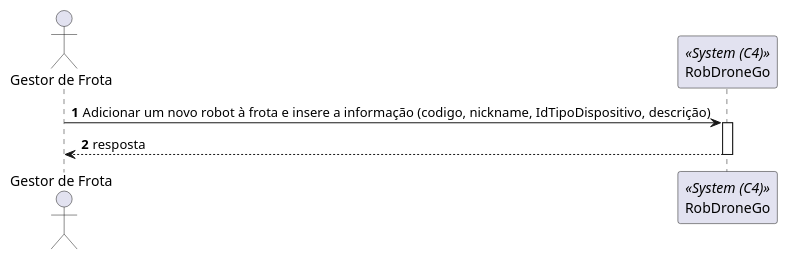
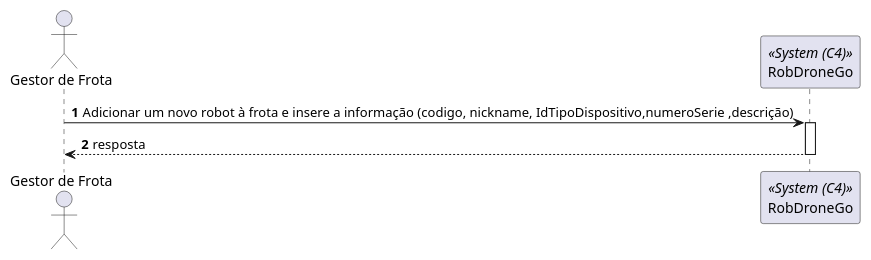
The diagram in docs/Sprint_B/US_1010/N1/US1010_VP.puml (SEM5PI2324G58/sem5pi_g58_23_24), drawn with PlantUML before and after one commit. The commit also changed 6 other files, not shown here.

```diff
--- a/docs/Sprint_B/US_1010/N1/US1010_VP.puml
+++ b/docs/Sprint_B/US_1010/N1/US1010_VP.puml
@@ -1,9 +1,9 @@
 autonumber
 
 actor "Gestor de Frota" as ator
 participant RobDroneGo as sistema <<System (C4)>>
 
 
-ator -> sistema: Adicionar um novo robot à frota e insere a informação (codigo, nickname, IdTipoDispositivo, descrição)
+ator -> sistema: Adicionar um novo robot à frota e insere a informação (codigo, nickname, IdTipoDispositivo,numeroSerie ,descrição)
 activate sistema
 return resposta
```
